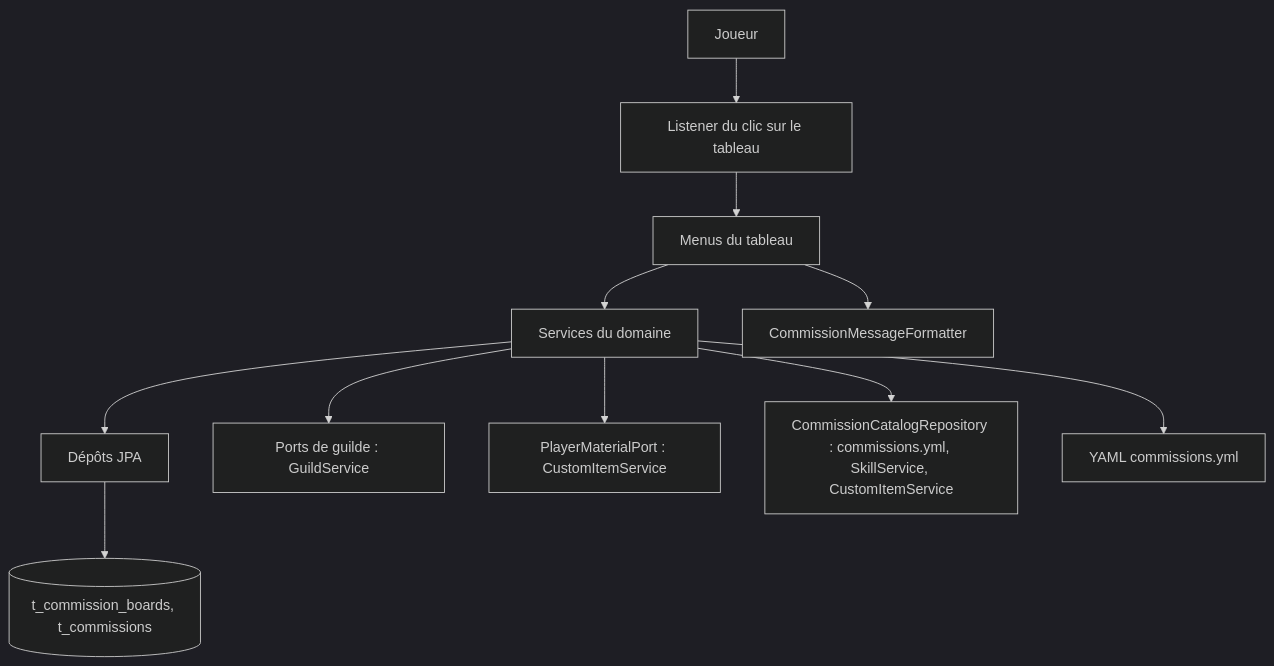
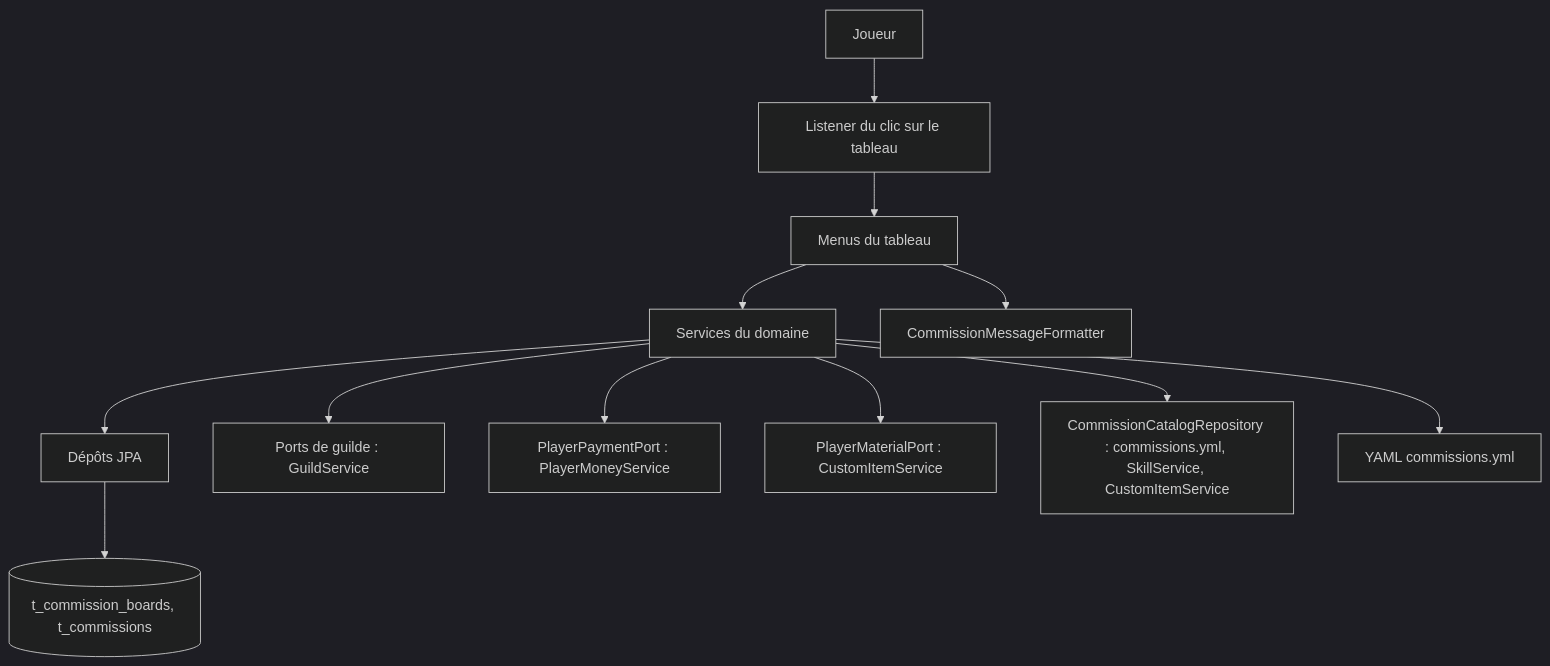
One commit to TesseractFR/TesseractSRP2 changed the diagram in commission-adapter/spec/commission-adapter.md. Above: the diagram before and after it, drawn with Mermaid (dark theme). The commit also changed other lines of this file and 66 other files, not shown here.

````diff
--- a/commission-adapter/spec/commission-adapter.md
+++ b/commission-adapter/spec/commission-adapter.md
@@ -9,13 +9,14 @@
 ```mermaid
 flowchart TD
     J[Joueur] --> L[Listener du clic sur le tableau]
     L --> M[Menus du tableau]
     M --> S[Services du domaine]
     S --> JPA[Dépôts JPA]
     JPA --> DB[(t_commission_boards, t_commissions)]
     S --> G[Ports de guilde : GuildService]
+    S --> PAY[PlayerPaymentPort : PlayerMoneyService]
     S --> MAT[PlayerMaterialPort : CustomItemService]
     S --> CAT[CommissionCatalogRepository : commissions.yml, SkillService, CustomItemService]
     S --> CFG[YAML commissions.yml]
     M --> F[CommissionMessageFormatter]
 ```
````
